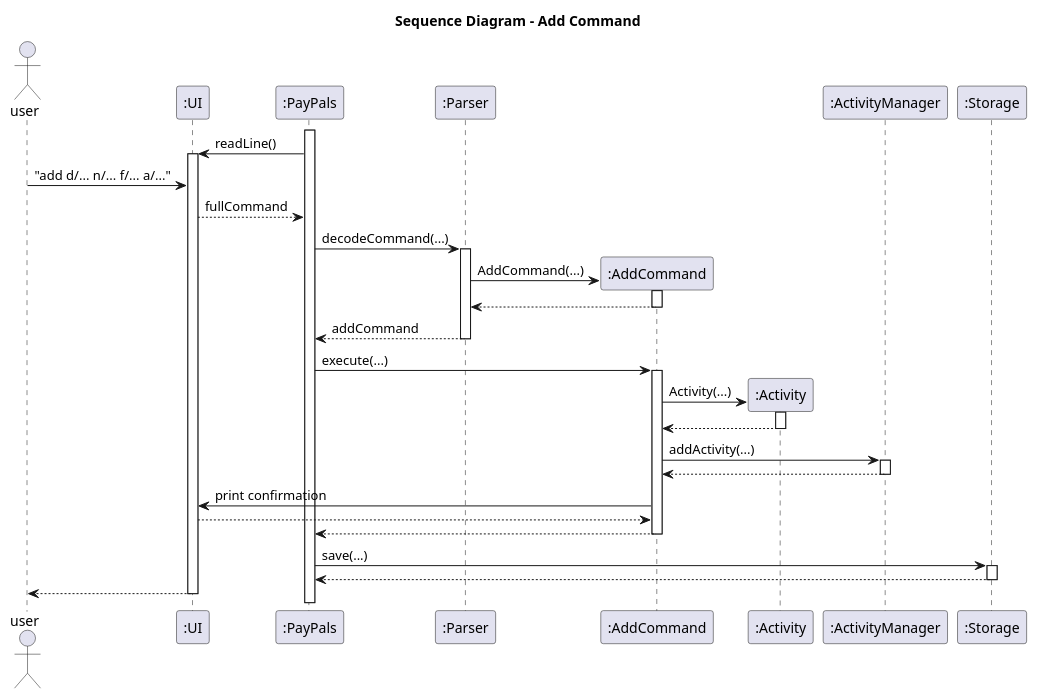
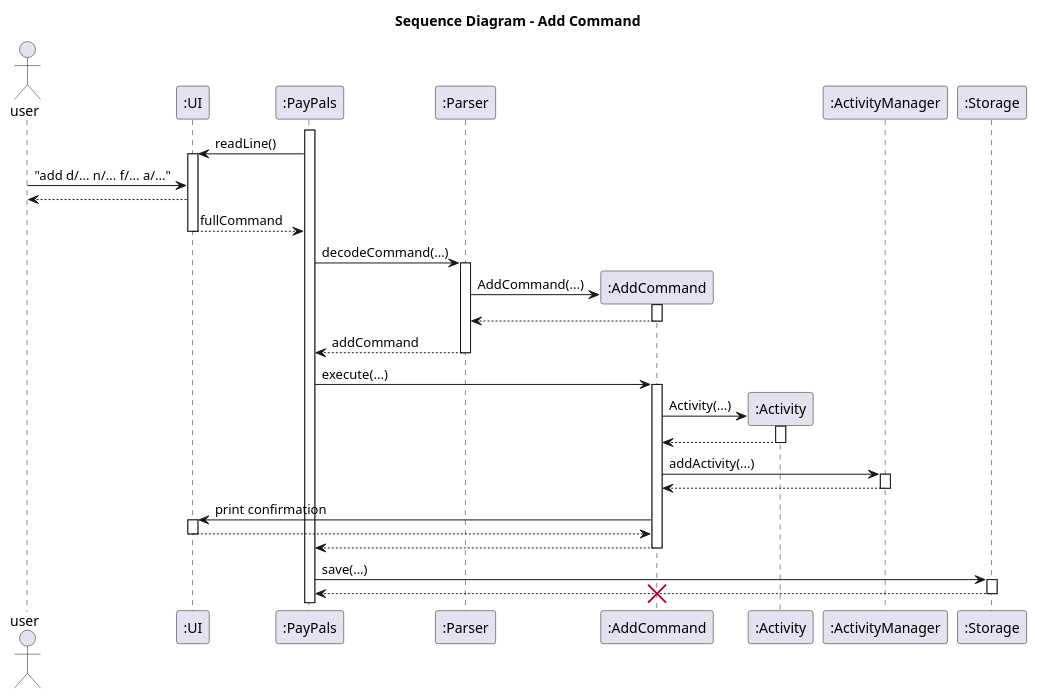
The diagram in docs/diagrams/AddCmdSeq.puml (jing-yen/tp), drawn with PlantUML before and after one commit. The commit also changed 6 other files, not shown here.

```diff
--- a/docs/diagrams/AddCmdSeq.puml
+++ b/docs/diagrams/AddCmdSeq.puml
@@ -1,51 +1,55 @@
 @startuml
 title Sequence Diagram - Add Command
 actor user
 
 participant ":UI" as ui
 participant ":PayPals" as pp
 participant ":Parser" as parser
 participant ":AddCommand" as addCmd
 participant ":Activity" as activity
 participant ":ActivityManager" as mgr
 participant ":Storage" as storage
 
 activate pp
 pp -> ui : readLine()
 activate ui
 user -> ui : "add d/... n/... f/... a/..."
+ui --> user
 ui --> pp : fullCommand
+deactivate ui
 pp -> parser : decodeCommand(...)
 activate parser
 parser -> addCmd ** : AddCommand(...)
 activate addCmd
 addCmd --> parser :
 deactivate addCmd
 parser --> pp : addCommand
 deactivate parser
 
 pp -> addCmd : execute(...)
 activate addCmd
 addCmd -> activity ** : Activity(...)
 activate activity
 activity --> addCmd :
 deactivate activity
 
 addCmd -> mgr : addActivity(...)
 activate mgr
 mgr --> addCmd :
 deactivate mgr
 
 addCmd -> ui : print confirmation
+activate ui
 ui --> addCmd :
+deactivate ui
 addCmd --> pp
 deactivate addCmd
 
 pp -> storage : save(...)
 activate storage
 storage --> pp :
 deactivate storage
-ui --> user :
-deactivate ui
+
+destroy addCmd
 
 @enduml
```
